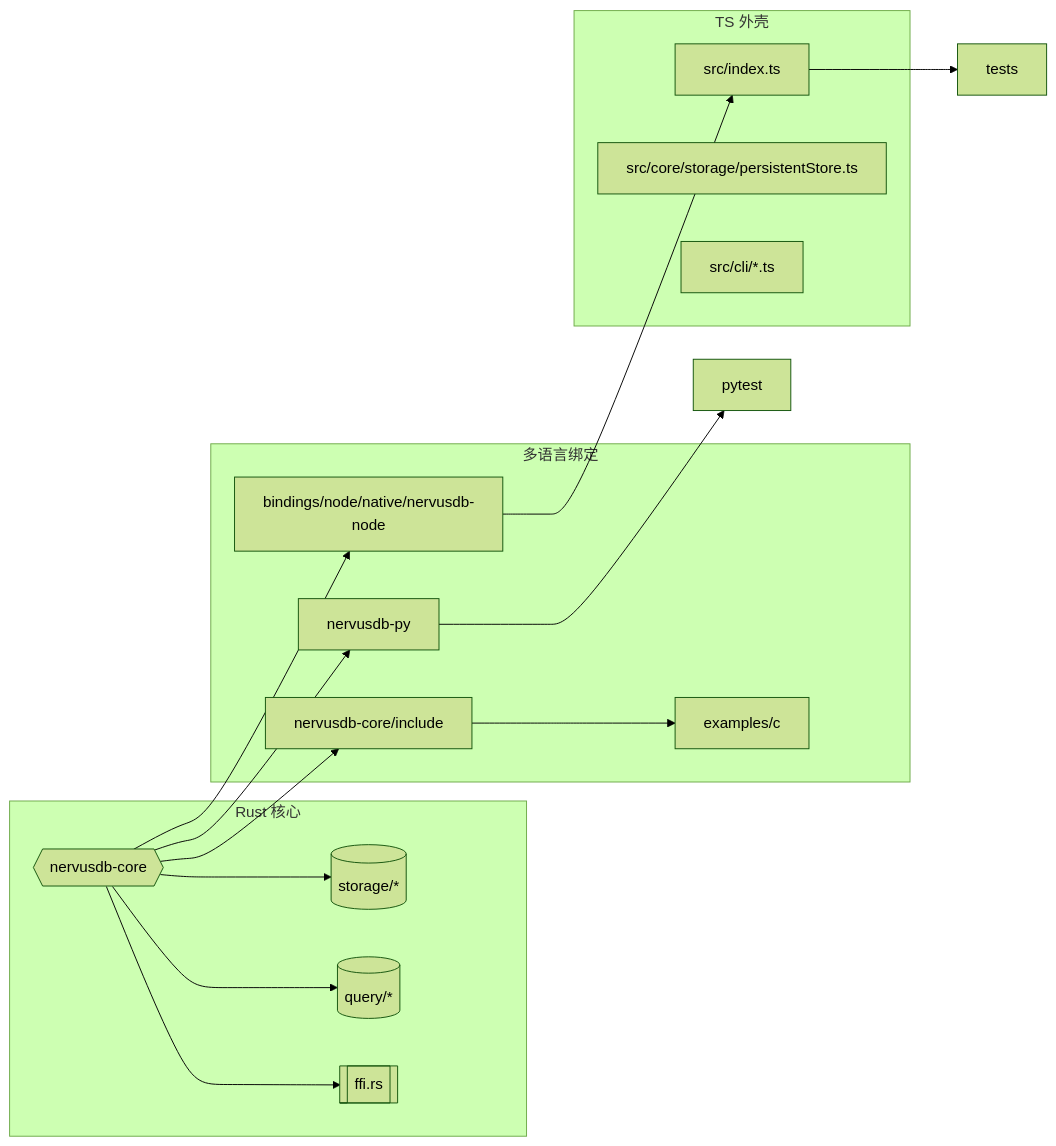
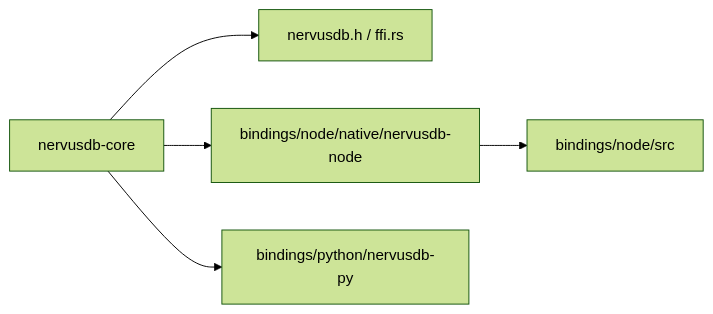
Before and after one commit to ysankpia/nervusdb: the diagram in docs/project-structure.md, drawn with Mermaid (forest theme). The commit also changed other lines of this file and 7 other files, not shown here.

````diff
--- a/docs/project-structure.md
+++ b/docs/project-structure.md
@@ -25,31 +27,7 @@
 ```mermaid
 graph LR
-    subgraph Core[Rust 核心]
-        core{{nervusdb-core}}
-        core --> storage[(storage/*)]
-        core --> query[(query/*)]
-        core --> ffi[[ffi.rs]]
-    end
-
-    subgraph Bindings[多语言绑定]
-        nodeBinding[bindings/node/native/nervusdb-node]
-        pyBinding[nervusdb-py]
-        cHeader[nervusdb-core/include]
-        cExamples[examples/c]
-    end
-
-    subgraph Wrapper[TS 外壳]
-        tsWrapper[src/index.ts]
-        tsPersistent[src/core/storage/persistentStore.ts]
-        tsCLI[src/cli/*.ts]
-    end
-
-    core --> nodeBinding
-    core --> pyBinding
-    core --> cHeader
-    cHeader --> cExamples
-
-    nodeBinding --> tsWrapper
-    tsWrapper --> tests
-    pyBinding --> pyTests[pytest]
+    core[nervusdb-core] --> cffi[nervusdb.h / ffi.rs]
+    core --> nodeNative[bindings/node/native/nervusdb-node]
+    core --> py[bindings/python/nervusdb-py]
+    nodeNative --> nodeTS[bindings/node/src]
 ```
````
